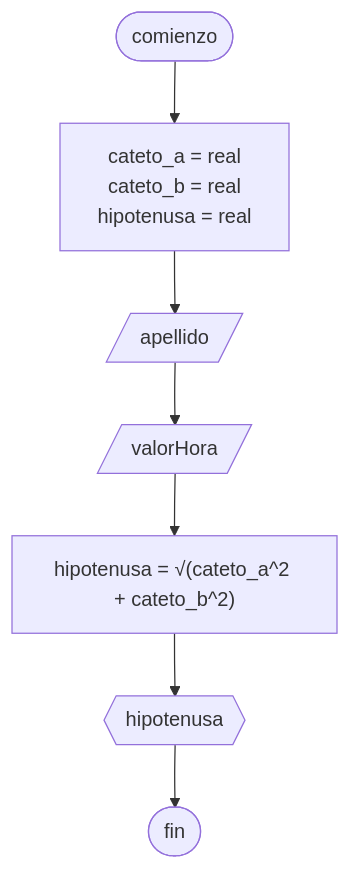
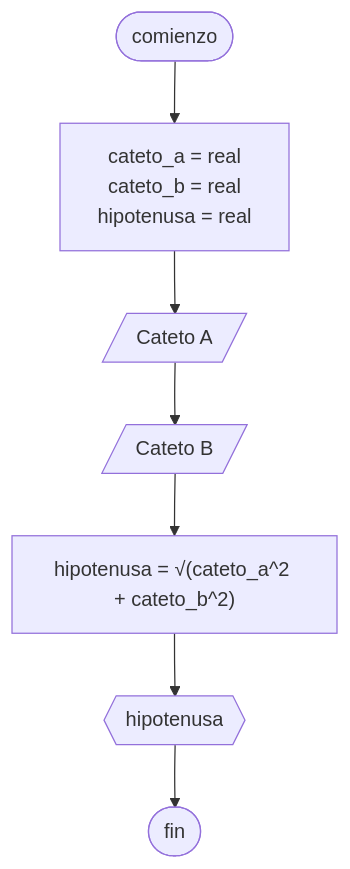
Before and after one commit to martinstanicio/ingenieria-en-sistemas: the diagram in Algoritmos y Estructuras de Datos/Actividades/20240416 - Triángulo rectángulo.md, drawn with Mermaid. The commit also changed other lines of this file and 34 other files, not shown here.

````diff
--- a/Algoritmos y Estructuras de Datos/Actividades/20240416 - Triángulo rectángulo.md
+++ b/Algoritmos y Estructuras de Datos/Actividades/20240416 - Triángulo rectángulo.md
@@ -24,19 +24,19 @@
 ```mermaid
 flowchart TB
 	comienzo([comienzo])
 
 	variables["`cateto_a = real
 	cateto_b = real
 	hipotenusa = real`"]
 
-	leer_cateto_a[/apellido/]
-	leer_cateto_b[/valorHora/]
+	leer_cateto_a[/"Cateto A"/]
+	leer_cateto_b[/"Cateto B"/]
 
 	hipotenusa["hipotenusa = √(cateto_a^2 + cateto_b^2)"]
 
 	mostrar{{"hipotenusa"}}
 	
 	fin([fin])
 
 	comienzo --> variables --> leer_cateto_a --> leer_cateto_b --> hipotenusa --> mostrar --> fin
 ```
````
